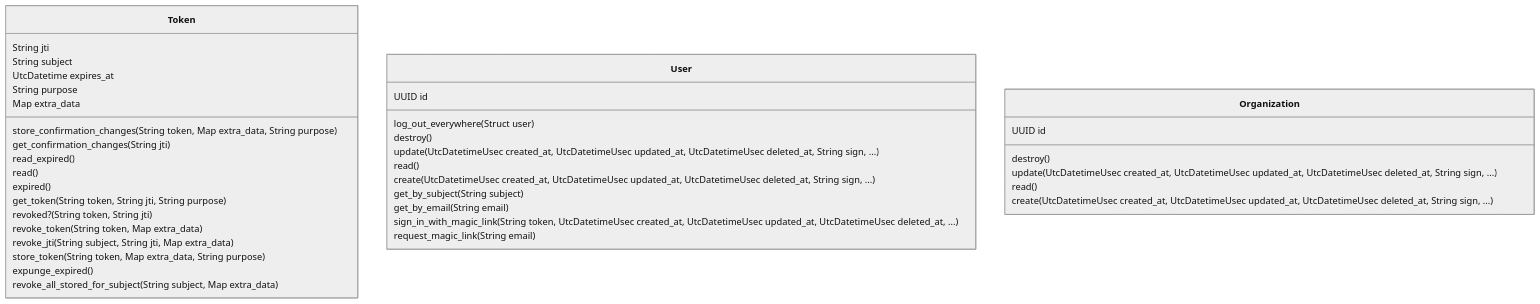
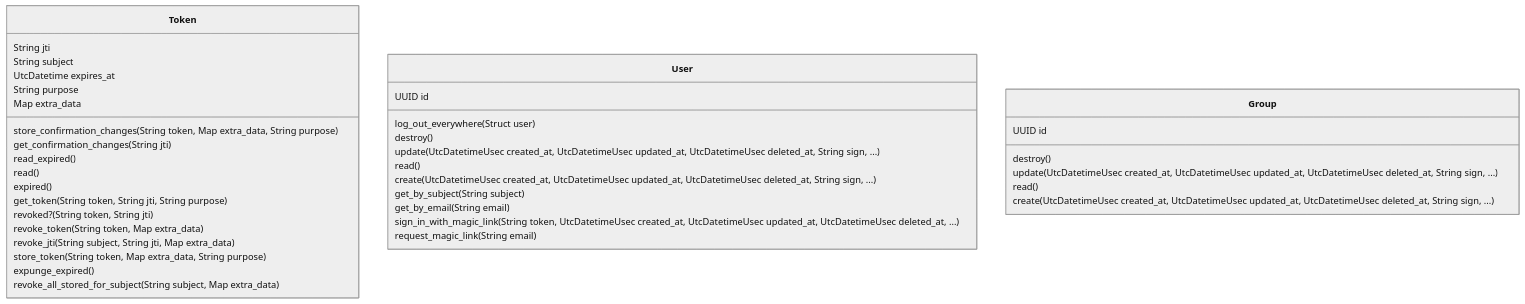
Before and after one commit to joelparkerhenderson/navatrack: the diagram in lib/navatrack/accounts-mermaid-class-diagram.mmd, drawn with Mermaid (neutral theme). The commit also changed 70 other files, not shown here.

```diff
--- a/lib/navatrack/accounts-mermaid-class-diagram.mmd
+++ b/lib/navatrack/accounts-mermaid-class-diagram.mmd
@@ -1,39 +1,39 @@
 classDiagram
     class Token {
         String jti
         String subject
         UtcDatetime expires_at
         String purpose
         Map extra_data
         store_confirmation_changes(String token, Map extra_data, String purpose)
         get_confirmation_changes(String jti)
         read_expired()
         read()
         expired()
         get_token(String token, String jti, String purpose)
         revoked?(String token, String jti)
         revoke_token(String token, Map extra_data)
         revoke_jti(String subject, String jti, Map extra_data)
         store_token(String token, Map extra_data, String purpose)
         expunge_expired()
         revoke_all_stored_for_subject(String subject, Map extra_data)
     }
     class User {
         UUID id
         log_out_everywhere(Struct user)
         destroy()
         update(UtcDatetimeUsec created_at, UtcDatetimeUsec updated_at, UtcDatetimeUsec deleted_at, String sign, ...)
         read()
         create(UtcDatetimeUsec created_at, UtcDatetimeUsec updated_at, UtcDatetimeUsec deleted_at, String sign, ...)
         get_by_subject(String subject)
         get_by_email(String email)
         sign_in_with_magic_link(String token, UtcDatetimeUsec created_at, UtcDatetimeUsec updated_at, UtcDatetimeUsec deleted_at, ...)
         request_magic_link(String email)
     }
-    class Organization {
+    class Group {
         UUID id
         destroy()
         update(UtcDatetimeUsec created_at, UtcDatetimeUsec updated_at, UtcDatetimeUsec deleted_at, String sign, ...)
         read()
         create(UtcDatetimeUsec created_at, UtcDatetimeUsec updated_at, UtcDatetimeUsec deleted_at, String sign, ...)
     }
```
